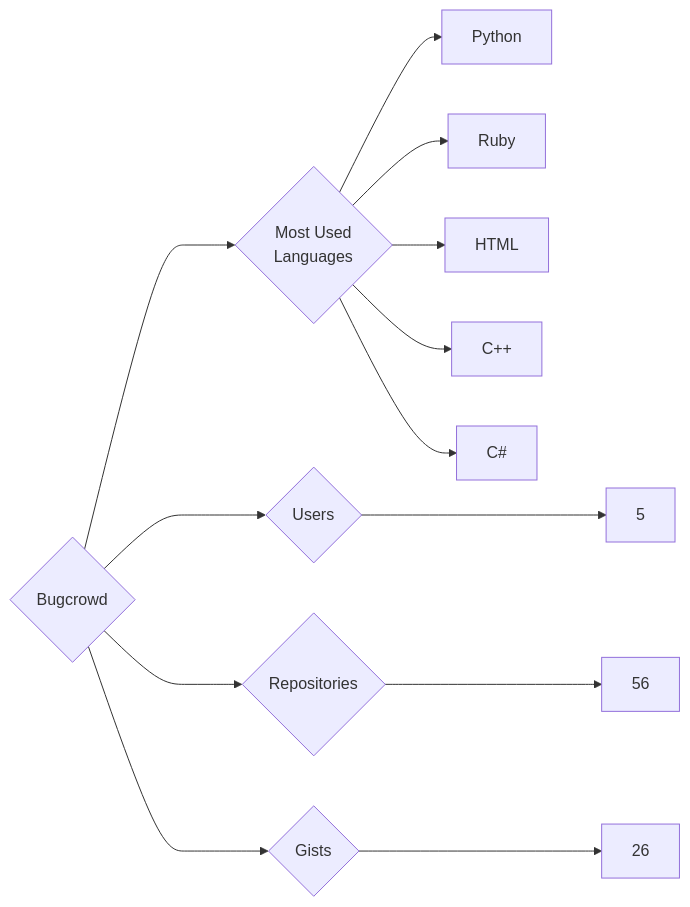
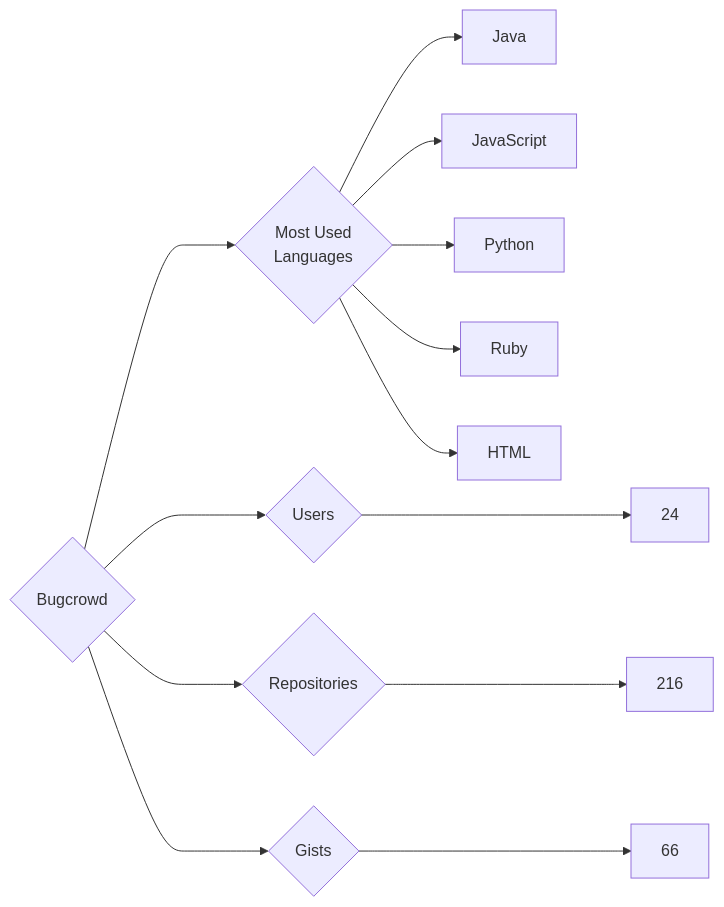
Before and after one commit to trickest/insiders: the diagram in targets/Bugcrowd/README.md, drawn with Mermaid. The commit also changed 640 other files, not shown here.

````diff
--- a/targets/Bugcrowd/README.md
+++ b/targets/Bugcrowd/README.md
@@ -3,13 +3,13 @@
 ```mermaid
 graph LR
 COMPANY_NAME{Bugcrowd}
-COMPANY_NAME ---> U{Users} ---> UN[5]
-COMPANY_NAME ---> R{Repositories} ---> RN[56]
-COMPANY_NAME ---> G{Gists} ---> GN[26]
+COMPANY_NAME ---> U{Users} ---> UN[24]
+COMPANY_NAME ---> R{Repositories} ---> RN[216]
+COMPANY_NAME ---> G{Gists} ---> GN[66]
 COMPANY_NAME ---> ML{Most Used<br>Languages}
+ML --> Java[Java]
+ML --> JavaScript[JavaScript]
 ML --> Python[Python]
 ML --> Ruby[Ruby]
 ML --> HTML[HTML]
-ML --> C++[C++]
-ML --> C#[C#]
 ```
````
